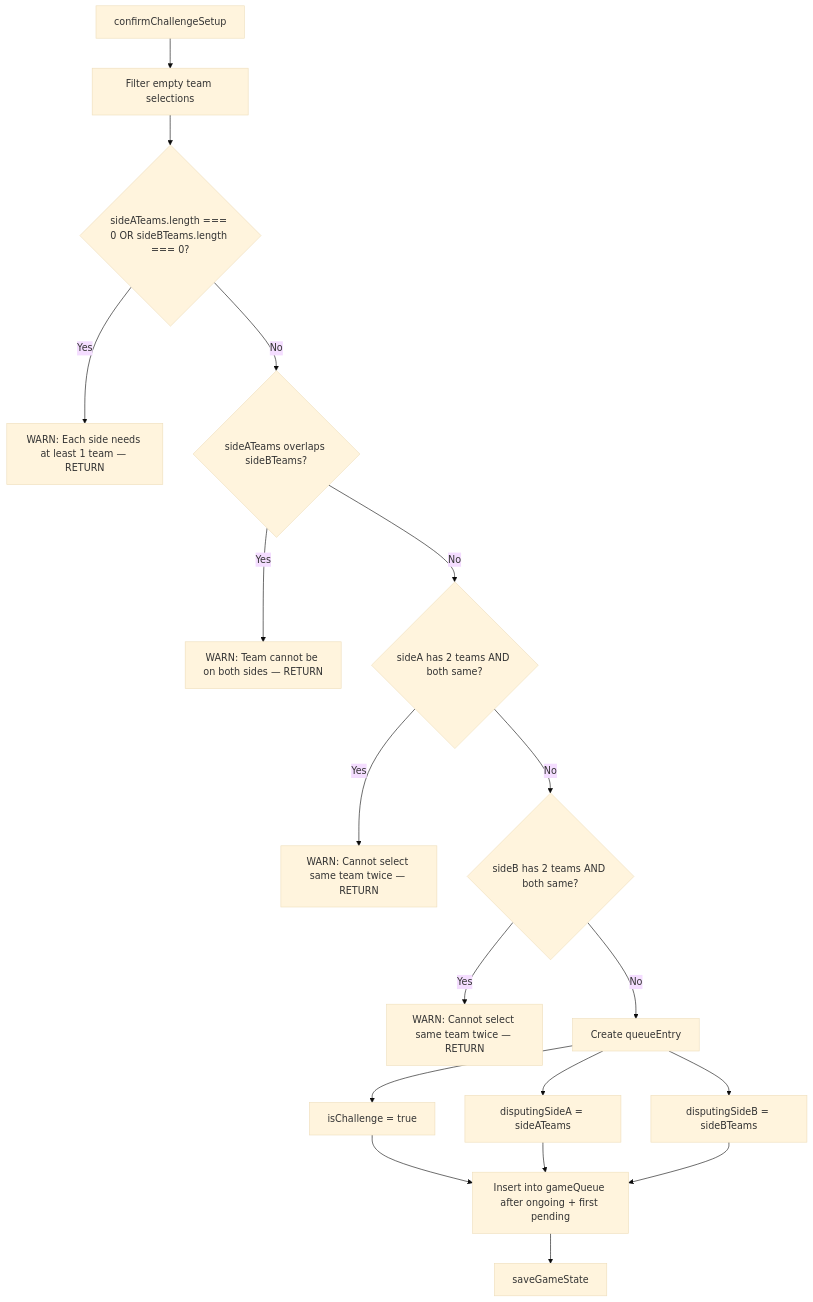
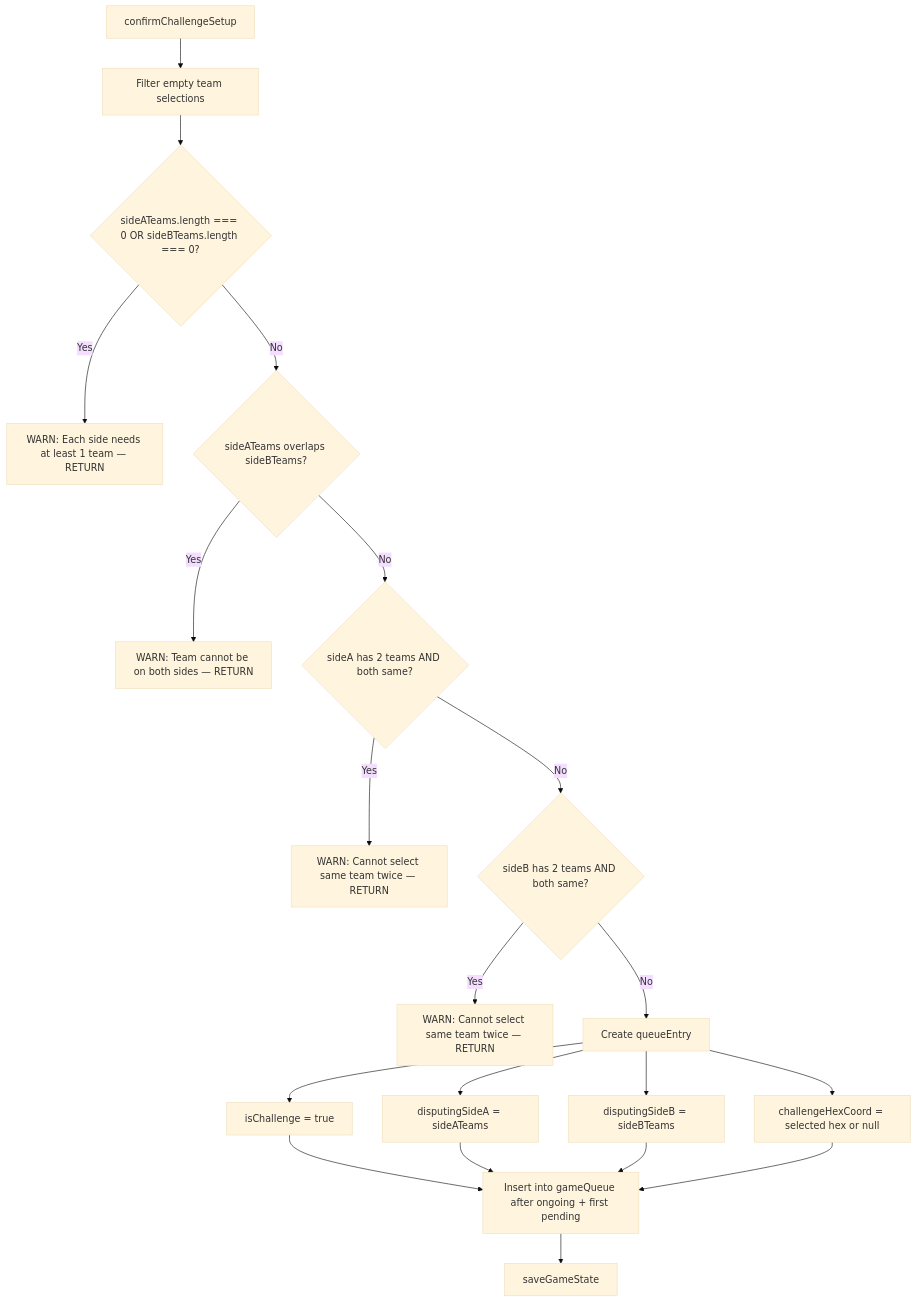
The third of 14 diagrams in BoardGame/docs/architecture/admin-lightweight.md (LNiitlahti/BoardGame), drawn with Mermaid (base theme) before and after one commit. The commit also changed other lines of this file and 63 other files, not shown here.

First line of the commit message:
Remove SPA module system, add phase manager v2 with new round flow, season manager, full admin page, and rewrite profile/home/team pages

````diff
--- a/BoardGame/docs/architecture/admin-lightweight.md
+++ b/BoardGame/docs/architecture/admin-lightweight.md
@@ -64,20 +64,22 @@
 ```mermaid
 flowchart TD
     A[confirmChallengeSetup] --> B[Filter empty team selections]
     B --> C{sideATeams.length === 0 OR sideBTeams.length === 0?}
     C -->|Yes| D[WARN: Each side needs at least 1 team — RETURN]
     C -->|No| E{sideATeams overlaps sideBTeams?}
     E -->|Yes| F[WARN: Team cannot be on both sides — RETURN]
     E -->|No| G{sideA has 2 teams AND both same?}
     G -->|Yes| H[WARN: Cannot select same team twice — RETURN]
     G -->|No| I{sideB has 2 teams AND both same?}
     I -->|Yes| J[WARN: Cannot select same team twice — RETURN]
     I -->|No| K[Create queueEntry]
     K --> L[isChallenge = true]
     K --> M[disputingSideA = sideATeams]
     K --> N[disputingSideB = sideBTeams]
+    K --> N2[challengeHexCoord = selected hex or null]
     L --> O[Insert into gameQueue after ongoing + first pending]
     M --> O
     N --> O
+    N2 --> O
     O --> P[saveGameState]
 ```
````
